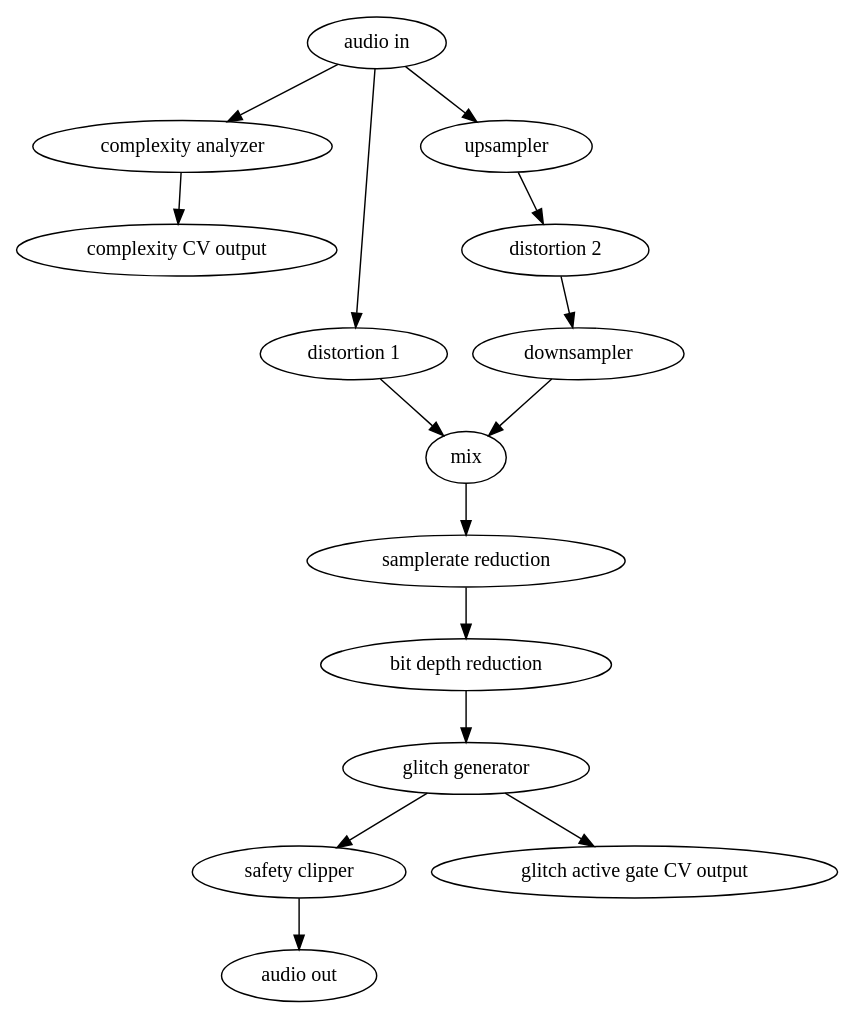
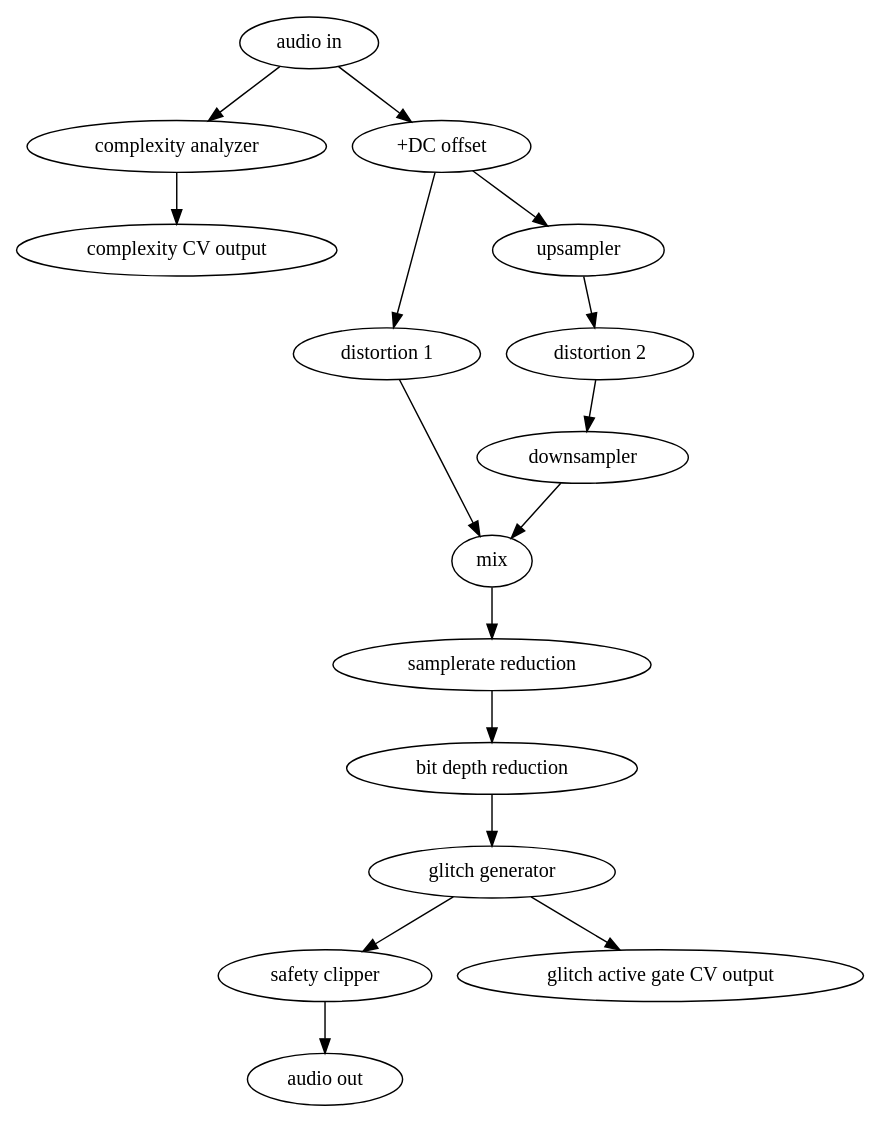
One commit to Xenakios/XenakiosModules changed the diagram in modulediagram.dot. Above: the diagram before and after it, drawn with Graphviz. The commit also changed 1 other file, not shown here.

Commit message:
LOFI : DC offset tweaks

```diff
--- a/modulediagram.dot
+++ b/modulediagram.dot
@@ -1,17 +1,18 @@
 digraph G {
 
   "audio in" -> "complexity analyzer"
   "complexity analyzer" -> "complexity CV output"
-  "audio in" -> "distortion 1"
-  "audio in" -> "upsampler"
+  "audio in" -> "+DC offset"
+  "+DC offset" -> "distortion 1"
+  "+DC offset" -> "upsampler"
   "upsampler" -> "distortion 2"
   "distortion 2" -> "downsampler"
   "downsampler" -> "mix"
   "distortion 1" -> "mix"
   "mix" -> "samplerate reduction"
   "samplerate reduction" -> "bit depth reduction"
   "bit depth reduction" -> "glitch generator"
   "glitch generator" -> "safety clipper"
   "safety clipper" -> "audio out"
   "glitch generator" -> "glitch active gate CV output"
 }
```
